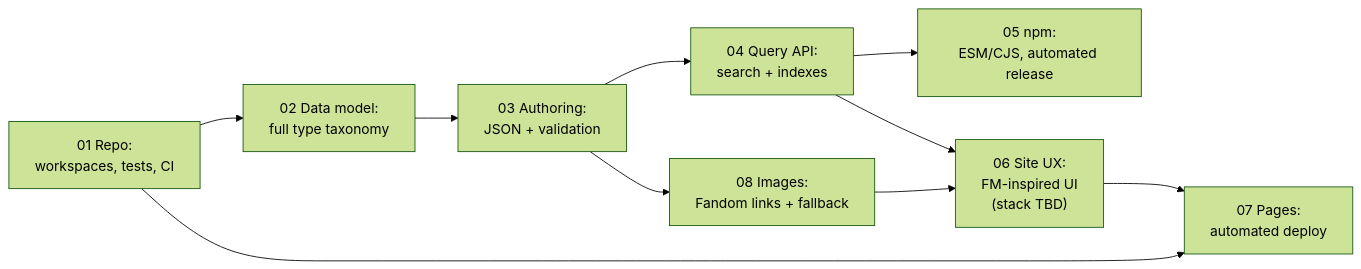
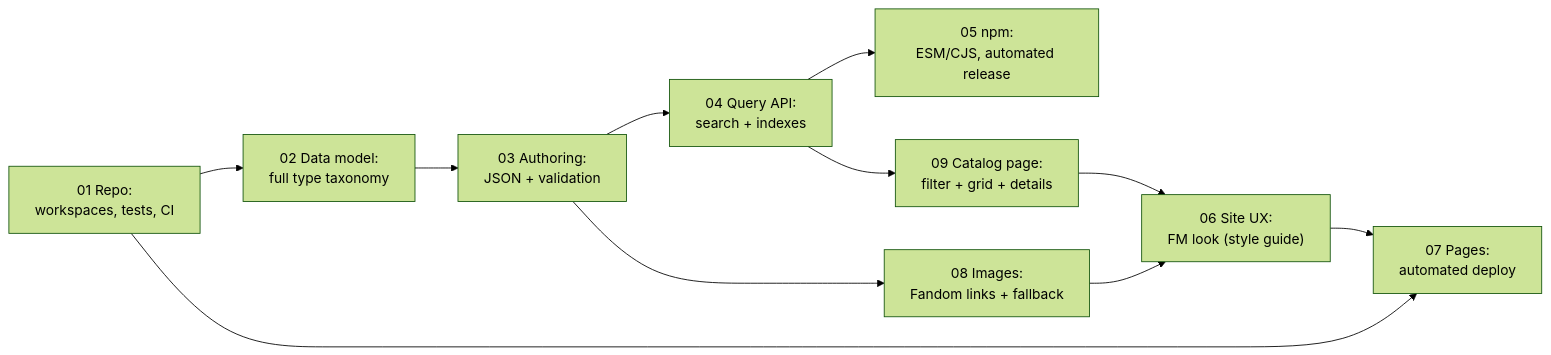
Before and after one commit to mhsalves/yugioh-fb-catalog: the second of 2 diagrams in docs/specs/README.md, drawn with Mermaid (forest theme). The commit also changed other lines of this file and 3 other files, not shown here.

First line of the commit message:
docs(specs): Add spec 09, the single catalog page for the site

````diff
--- a/docs/specs/README.md
+++ b/docs/specs/README.md
@@ -128,12 +130,13 @@
 ```mermaid
 flowchart LR
     R["01 Repo:<br/>workspaces, tests, CI"] --> M["02 Data model:<br/>full type taxonomy"]
     M --> A["03 Authoring:<br/>JSON + validation"]
     A --> Q["04 Query API:<br/>search + indexes"]
     Q --> N["05 npm:<br/>ESM/CJS, automated release"]
-    Q --> U["06 Site UX:<br/>FM-inspired UI<br/>(stack TBD)"]
+    Q --> C["09 Catalog page:<br/>filter + grid + details"]
+    C --> U["06 Site UX:<br/>FM look (style guide)"]
     U --> P["07 Pages:<br/>automated deploy"]
     R --> P
     A --> I["08 Images:<br/>Fandom links + fallback"]
     I --> U
 ```
````
